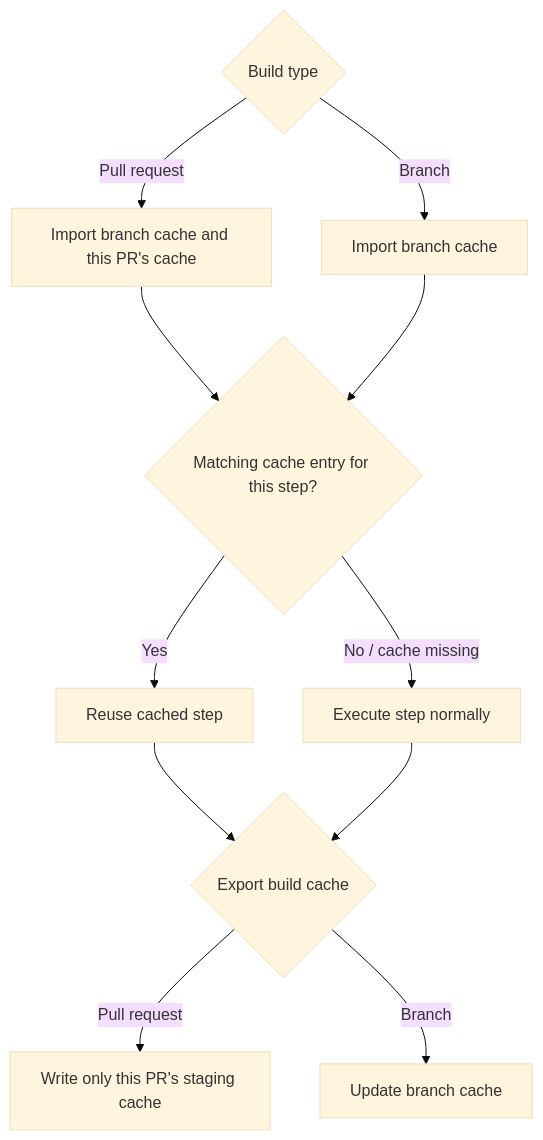
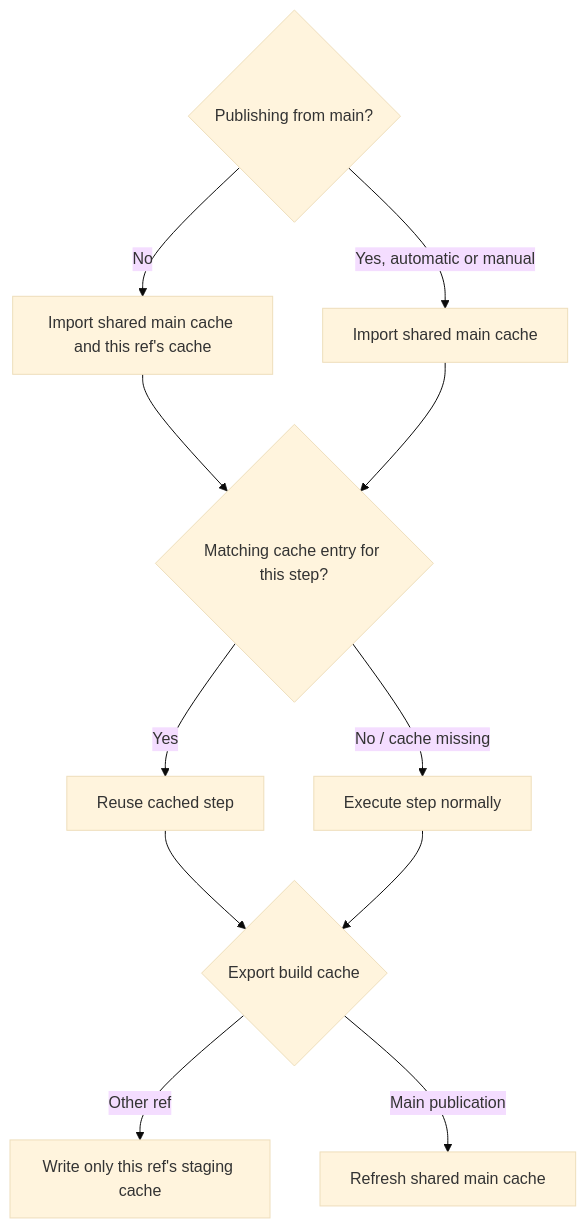
Before and after one commit to rapidsai/ci-imgs: the diagram in README.md, drawn with Mermaid (base theme). The commit also changed other lines of this file and 4 other files, not shown here.

First line of the commit message:
ci: separate main publication and per-ref caches

````diff
--- a/README.md
+++ b/README.md
@@ -113,13 +120,13 @@
 ```mermaid
 flowchart TD
-    build{"Build type"} -->|Pull request| pr["Import branch cache and this PR's cache"]
-    build -->|Branch| branch["Import branch cache"]
+    build{"Publishing from main?"} -->|No| pr["Import shared main cache and this ref's cache"]
+    build -->|Yes, automatic or manual| branch["Import shared main cache"]
     pr --> hit{"Matching cache entry for this step?"}
     branch --> hit
     hit -->|Yes| reuse["Reuse cached step"]
     hit -->|No / cache missing| execute["Execute step normally"]
     reuse --> output{"Export build cache"}
     execute --> output
-    output -->|Pull request| prwrite["Write only this PR's staging cache"]
-    output -->|Branch| branchwrite["Update branch cache"]
+    output -->|Other ref| prwrite["Write only this ref's staging cache"]
+    output -->|Main publication| branchwrite["Refresh shared main cache"]
 ```
````
